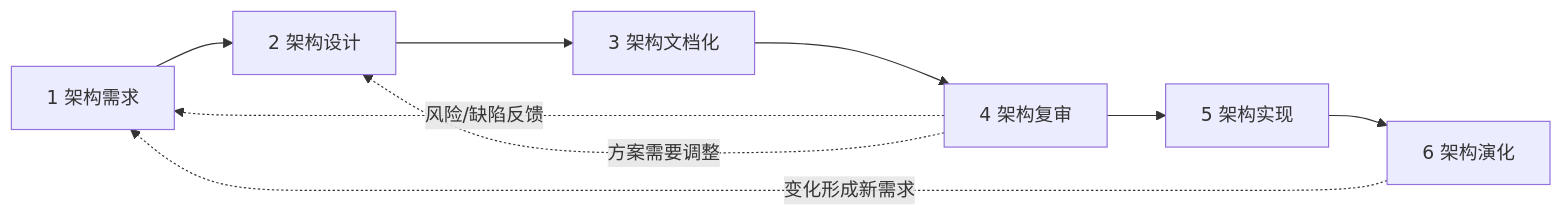
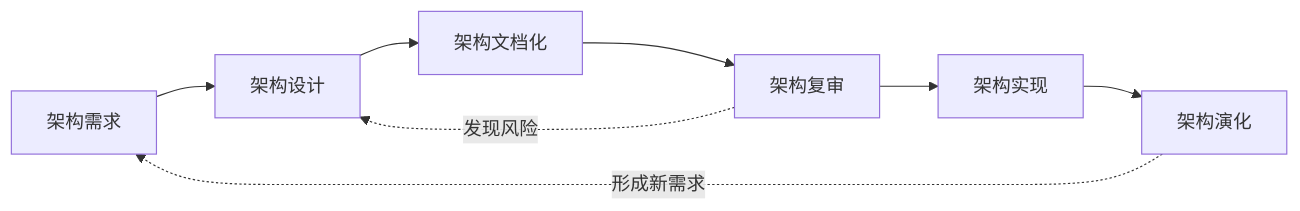
One commit to 74262195/system-architect-notes changed the diagram in 01_综合知识/06_软件架构设计/03_ABSD：如何从架构需求逐步形成可交付架构.md. Above: the diagram before and after it, drawn with Mermaid. The commit also changed other lines of this file, not shown here.

````diff
--- a/01_综合知识/06_软件架构设计/03_ABSD：如何从架构需求逐步形成可交付架构.md
+++ b/01_综合知识/06_软件架构设计/03_ABSD：如何从架构需求逐步形成可交付架构.md
@@ -99,11 +62,10 @@
 ```mermaid
 flowchart LR
-    A["1 架构需求"] --> B["2 架构设计"]
-    B --> C["3 架构文档化"]
-    C --> D["4 架构复审"]
-    D --> E["5 架构实现"]
-    E --> F["6 架构演化"]
-    D -. "风险/缺陷反馈" .-> A
-    D -. "方案需要调整" .-> B
-    F -. "变化形成新需求" .-> A
+    A["架构需求"] --> B["架构设计"]
+    B --> C["架构文档化"]
+    C --> D["架构复审"]
+    D --> E["架构实现"]
+    E --> F["架构演化"]
+    D -. "发现风险" .-> B
+    F -. "形成新需求" .-> A
 ```
````
